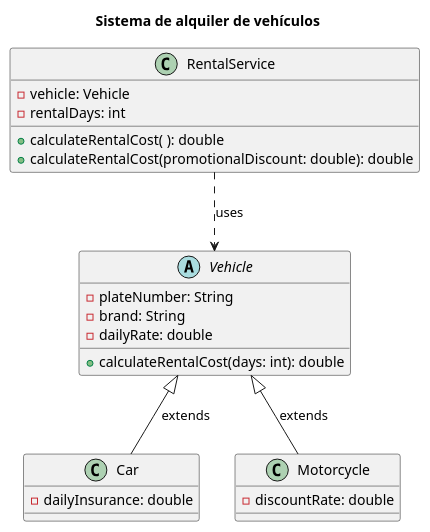
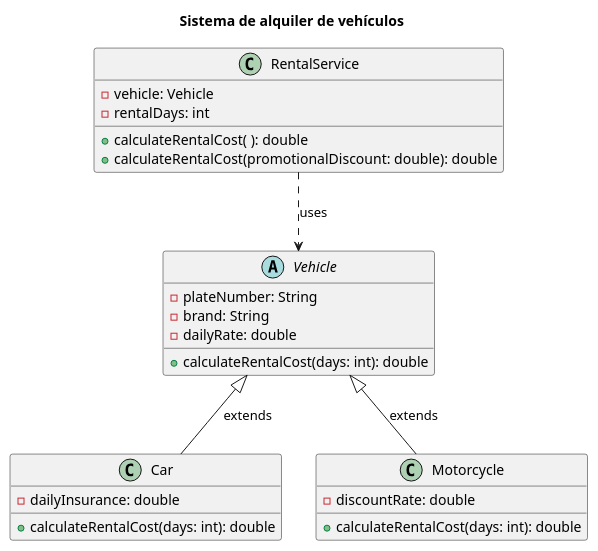
Before and after one commit to isil-pre-202610-30626-6996/week-13: the diagram in README.md, drawn with PlantUML. The commit also changed 1 other file, not shown here.

Commit message:
feat: add rental cost calculation methods for Car and Motorcycle classes

````diff
--- a/README.md
+++ b/README.md
@@ -13,36 +13,39 @@
 ```plantuml
 @startuml
 
 title Sistema de alquiler de vehículos
 
 abstract class Vehicle {
     - plateNumber: String
     - brand: String
     - dailyRate: double
 
     + calculateRentalCost(days: int): double
 }
 
 class Car {
     - dailyInsurance: double
+    + calculateRentalCost(days: int): double
+
 }
 
 class Motorcycle {
     - discountRate: double
+    + calculateRentalCost(days: int): double
 }
 
 class RentalService {
     - vehicle: Vehicle
     - rentalDays: int
     + calculateRentalCost( ): double
     + calculateRentalCost(promotionalDiscount: double): double
 }
 
 
 Vehicle <|-- Car : extends
 Vehicle <|-- Motorcycle : extends
 
 RentalService ..> Vehicle : uses
 
 @enduml
 ```
````
